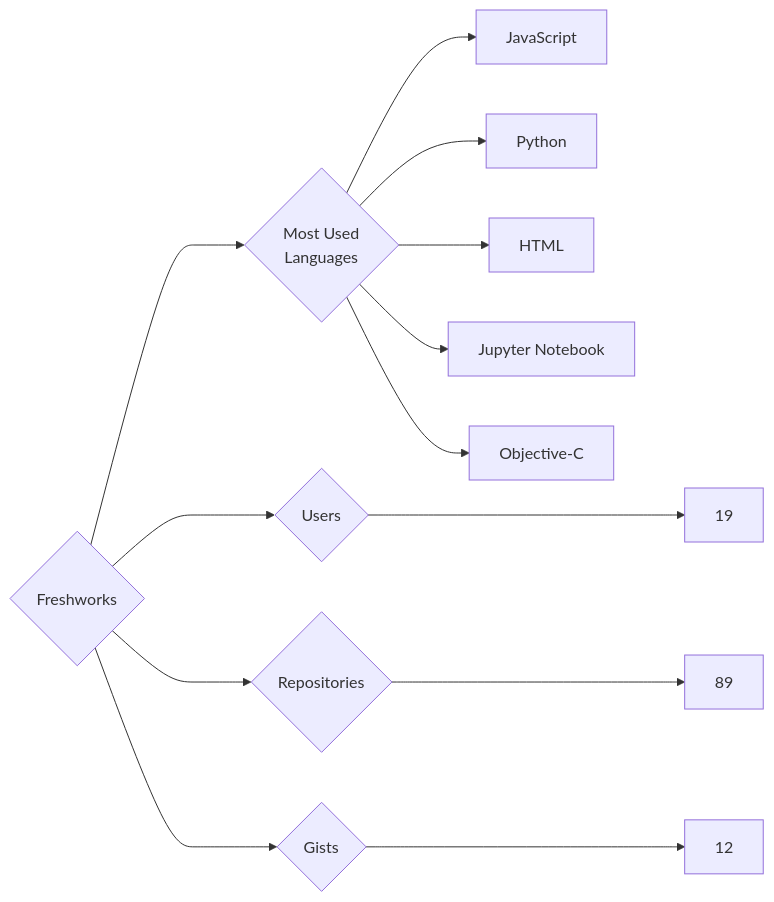
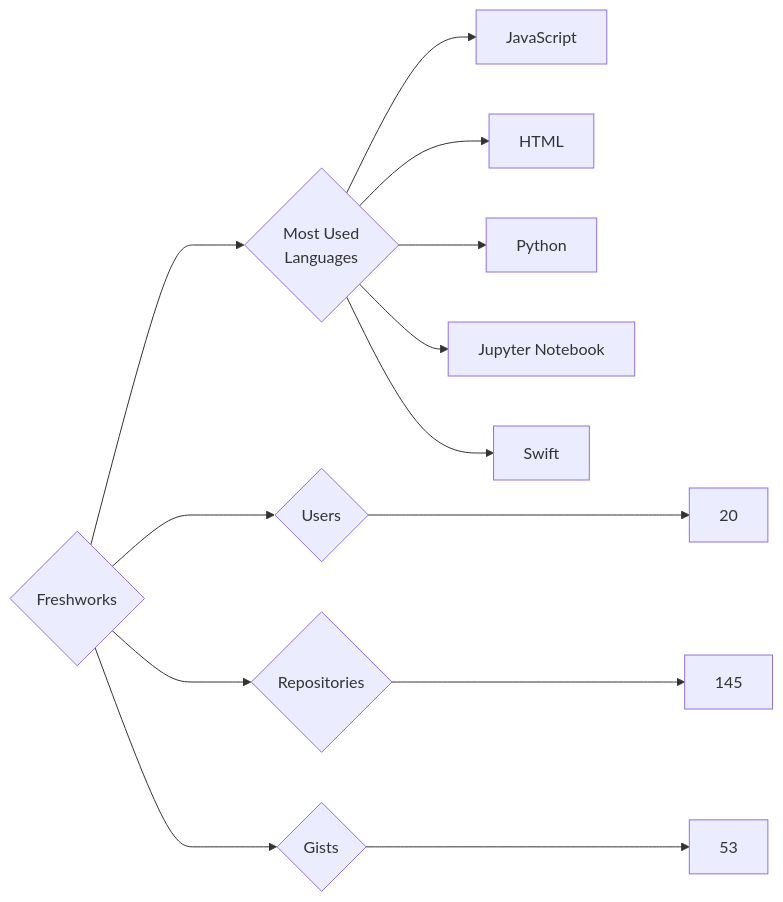
Before and after one commit to trickest/insiders: the diagram in targets/Freshworks/README.md, drawn with Mermaid. The commit also changed 636 other files, not shown here.

````diff
--- a/targets/Freshworks/README.md
+++ b/targets/Freshworks/README.md
@@ -3,13 +3,13 @@
 ```mermaid
 graph LR
 COMPANY_NAME{Freshworks}
-COMPANY_NAME ---> U{Users} ---> UN[19]
-COMPANY_NAME ---> R{Repositories} ---> RN[89]
-COMPANY_NAME ---> G{Gists} ---> GN[12]
+COMPANY_NAME ---> U{Users} ---> UN[20]
+COMPANY_NAME ---> R{Repositories} ---> RN[145]
+COMPANY_NAME ---> G{Gists} ---> GN[53]
 COMPANY_NAME ---> ML{Most Used<br>Languages}
 ML --> JavaScript[JavaScript]
+ML --> HTML[HTML]
 ML --> Python[Python]
-ML --> HTML[HTML]
 ML --> Jupyter_Notebook[Jupyter Notebook]
-ML --> Objective-C[Objective-C]
+ML --> Swift[Swift]
 ```
````
